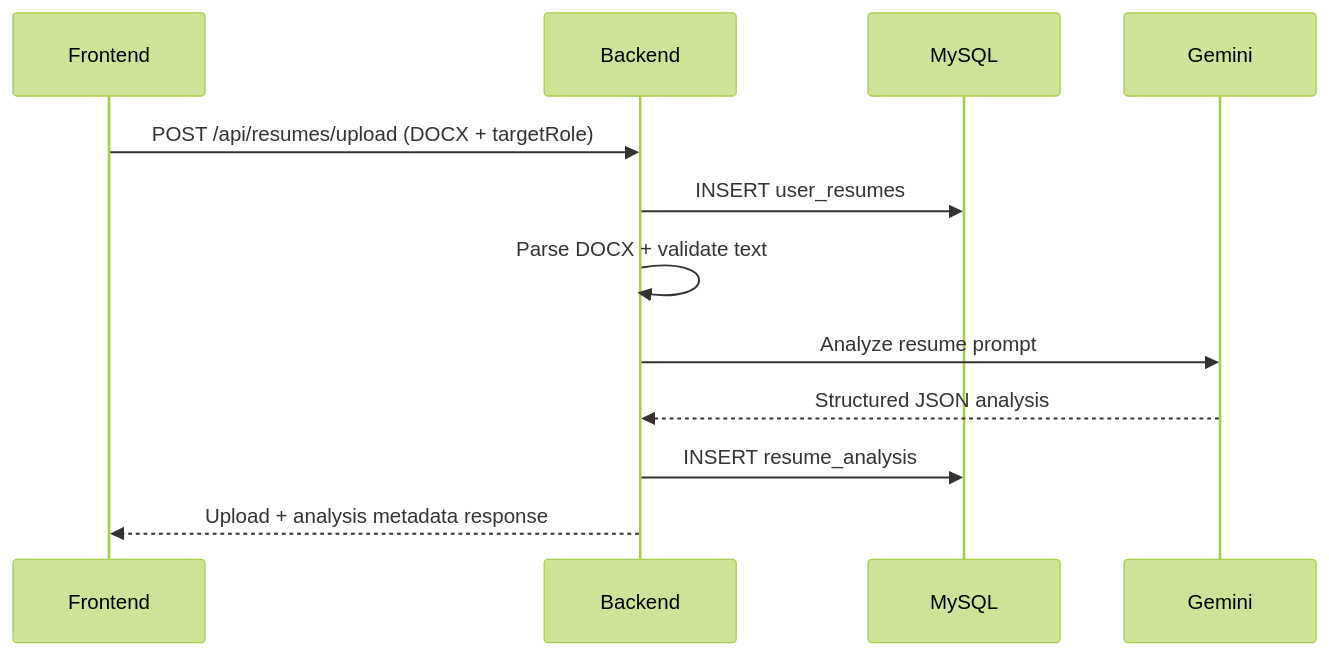
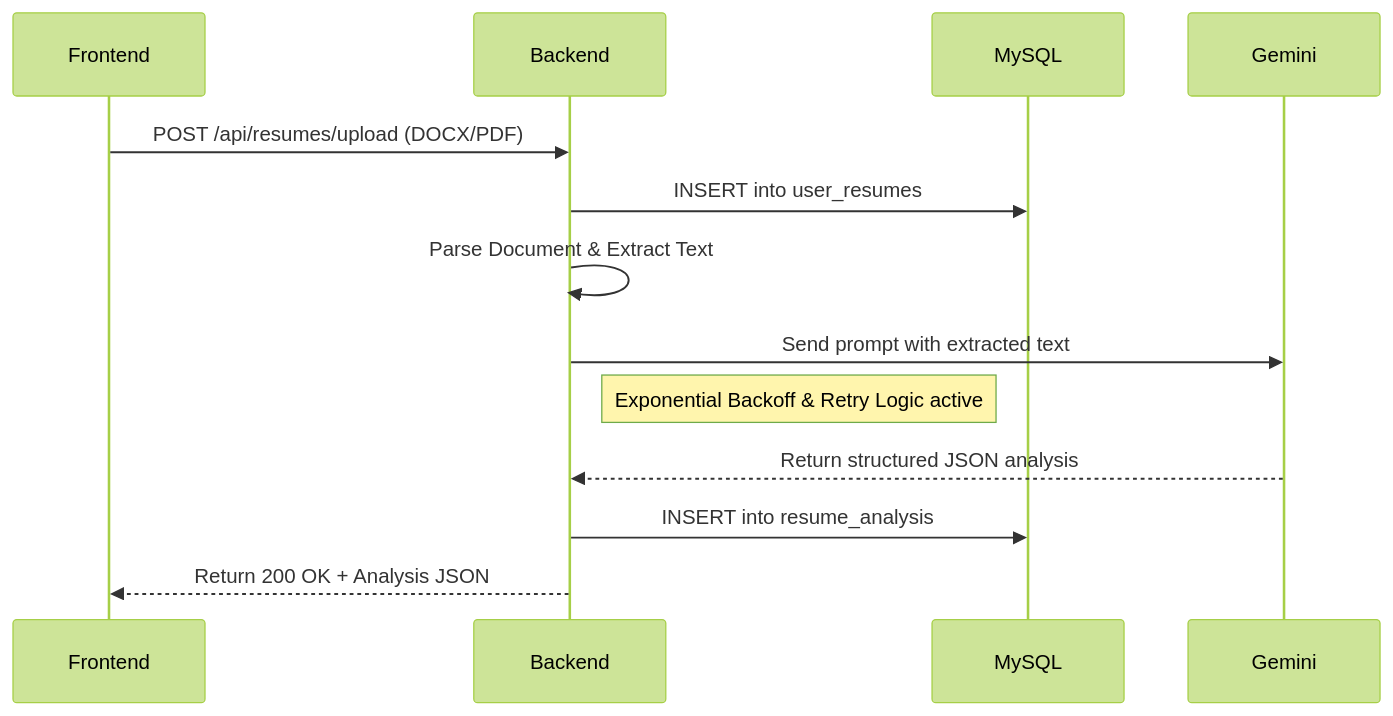
The second of 3 diagrams in docs/architecture.md (bhavik-sorathiya/SkillWise), drawn with Mermaid (forest theme) before and after one commit. The commit also changed other lines of this file and 17 other files, not shown here.

````diff
--- a/docs/architecture.md
+++ b/docs/architecture.md
@@ -34,15 +38,16 @@
 ```mermaid
 sequenceDiagram
   participant FE as Frontend
   participant API as Backend
   participant DB as MySQL
   participant AI as Gemini
 
-  FE->>API: POST /api/resumes/upload (DOCX + targetRole)
-  API->>DB: INSERT user_resumes
-  API->>API: Parse DOCX + validate text
-  API->>AI: Analyze resume prompt
-  AI-->>API: Structured JSON analysis
-  API->>DB: INSERT resume_analysis
-  API-->>FE: Upload + analysis metadata response
+  FE->>API: POST /api/resumes/upload (DOCX/PDF)
+  API->>DB: INSERT into user_resumes
+  API->>API: Parse Document & Extract Text
+  API->>AI: Send prompt with extracted text
+  Note right of API: Exponential Backoff & Retry Logic active
+  AI-->>API: Return structured JSON analysis
+  API->>DB: INSERT into resume_analysis
+  API-->>FE: Return 200 OK + Analysis JSON
 ```
````
